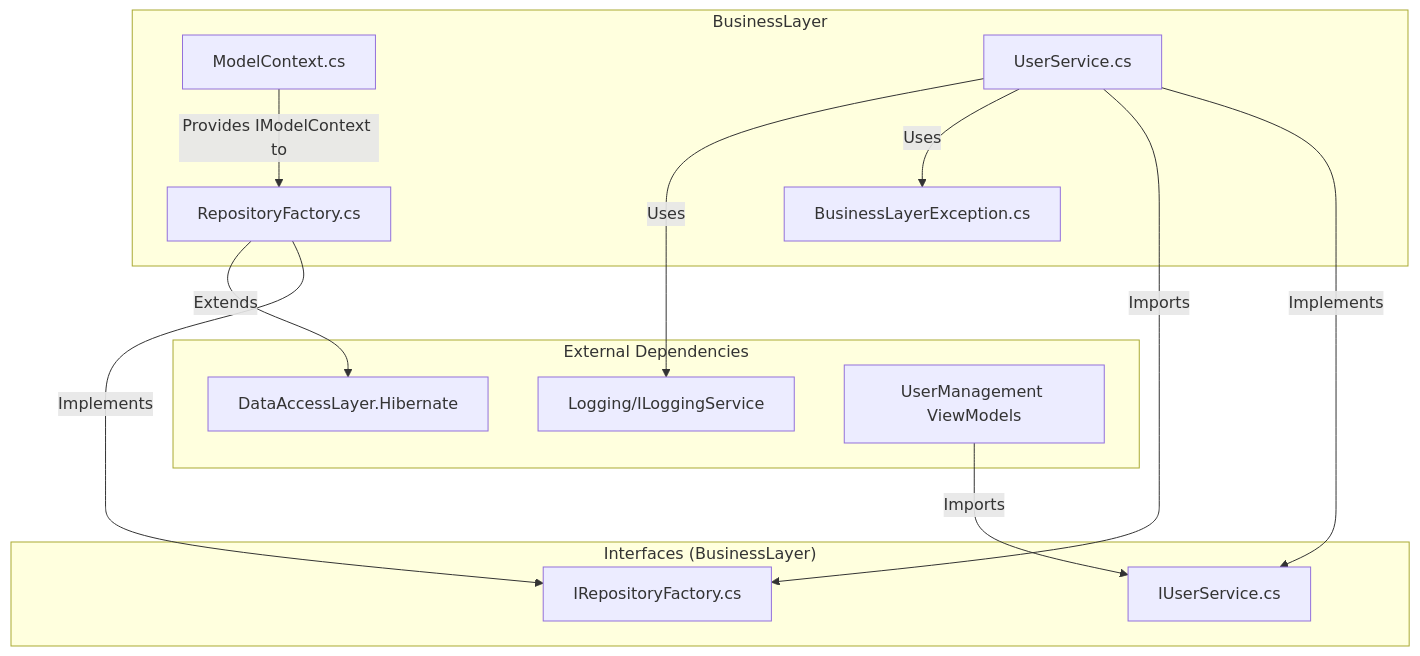
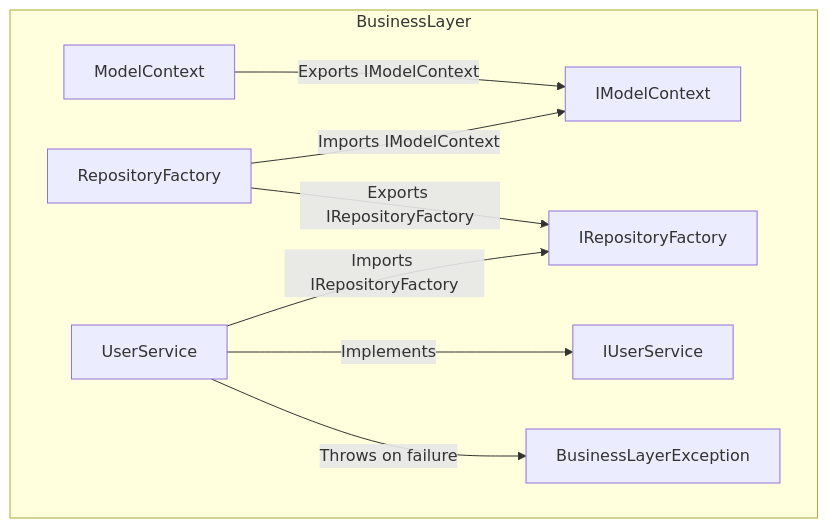
The diagram in doc/BusinessLayer.md (wetzlmaier-scch/mvvm), drawn with Mermaid before and after one commit. The commit also changed other lines of this file and 111 other files, not shown here.

````diff
--- a/doc/BusinessLayer.md
+++ b/doc/BusinessLayer.md
@@ -29,29 +17,19 @@
 ```mermaid
 flowchart TD
-    subgraph "BusinessLayer"
-        MS[ModelContext.cs]
-        RF[RepositoryFactory.cs]
-        US[UserService.cs]
-        BLE[BusinessLayerException.cs]
+    subgraph BusinessLayer
+        MC[ModelContext]
+        RF[RepositoryFactory]
+        US[UserService]
+        IUS[IUserService]
+        IIF[IRepositoryFactory]
+        IMC[IModelContext]
+        BLE[BusinessLayerException]
     end
 
-    subgraph "Interfaces (BusinessLayer)"
-        IUS[IUserService.cs]
-        IRF[IRepositoryFactory.cs]
-    end
-
-    subgraph "External Dependencies"
-        DATA[DataAccessLayer.Hibernate]
-        LOG[Logging/ILoggingService]
-        UI[UserManagement ViewModels]
-    end
-
-    MS -->|Provides IModelContext to| RF
-    RF -->|Implements| IRF
+    MC -->|Exports IModelContext| IMC
+    RF -->|Imports IModelContext| IMC
+    RF -->|Exports IRepositoryFactory| IIF
+    US -->|Imports IRepositoryFactory| IIF
     US -->|Implements| IUS
-    US -->|Imports| IRF
-    US -->|Uses| BLE
-    US -->|Uses| LOG
-    UI -->|Imports| IUS
-    RF -->|Extends| DATA
+    US -->|Throws on failure| BLE
 ```
````
